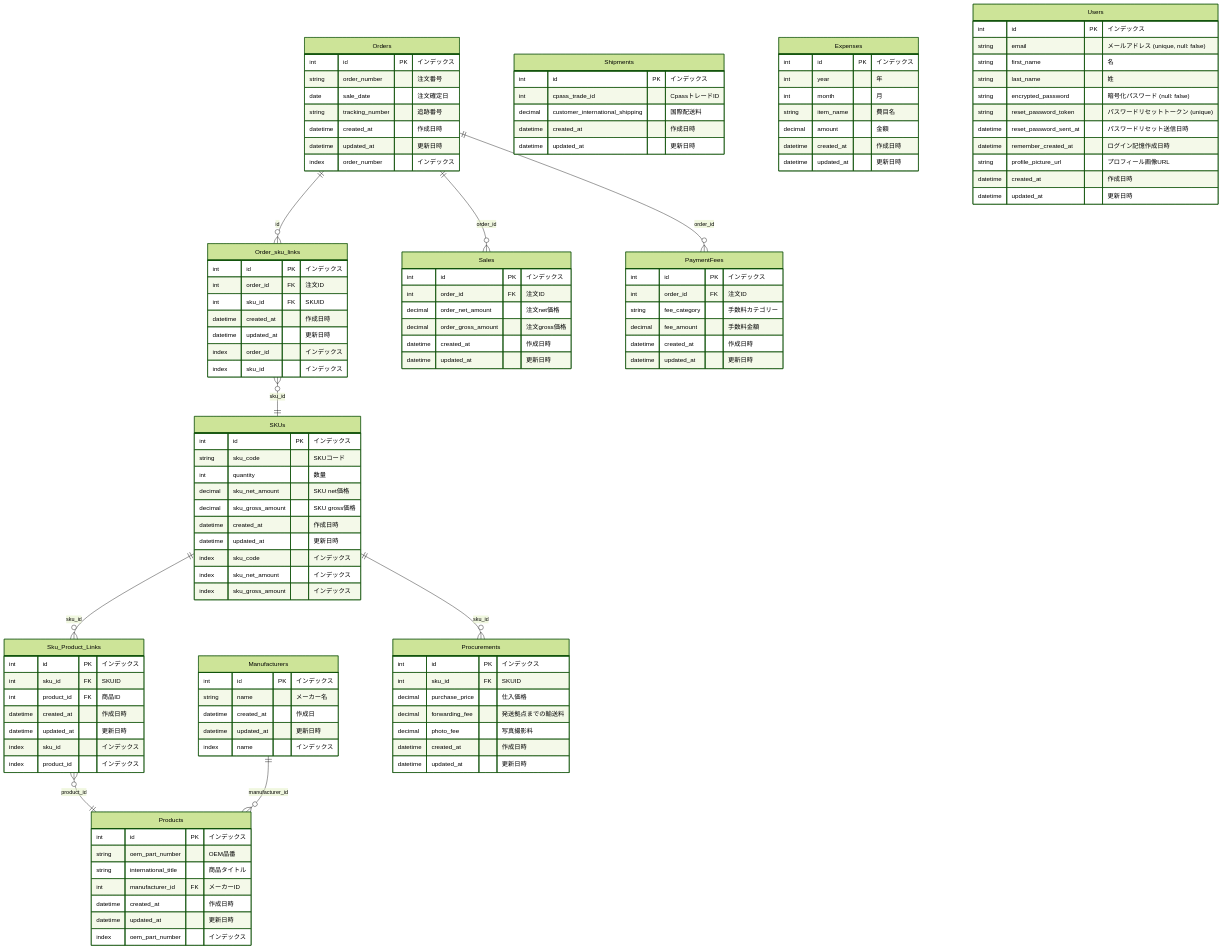
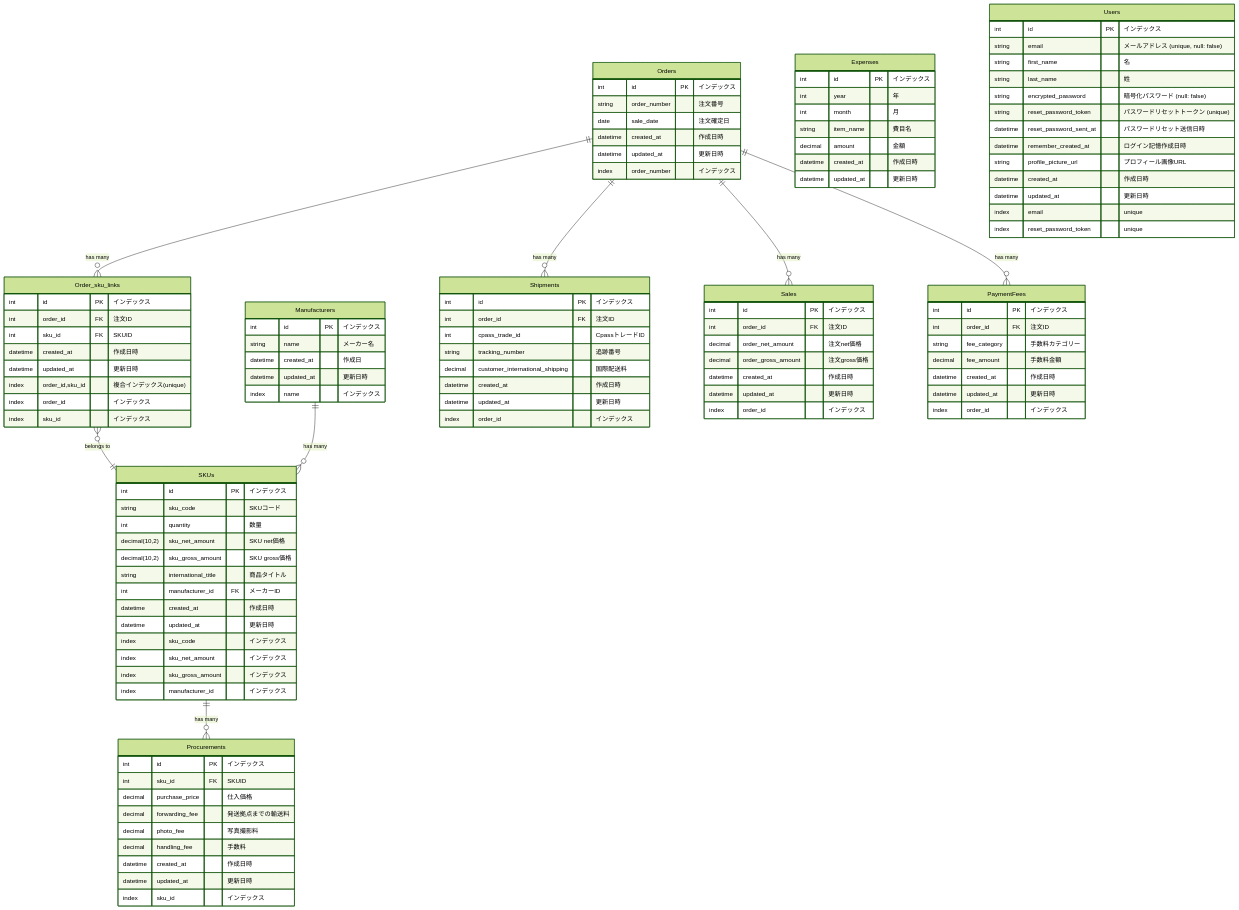
One commit to masaengineer/parts-sync-tool changed the diagram in mermaid.mmd. Above: the diagram before and after it, drawn with Mermaid (forest theme). The commit also changed 33 other files, not shown here.

```diff
--- a/mermaid.mmd
+++ b/mermaid.mmd
@@ -1,130 +1,121 @@
 erDiagram
     Orders {
         int id PK "インデックス"
         string order_number "注文番号"
         date sale_date "注文確定日"
-        string tracking_number "追跡番号"
         datetime created_at "作成日時"
         datetime updated_at "更新日時"
         index order_number "インデックス"
     }
 
     Order_sku_links {
         int id PK "インデックス"
         int order_id FK "注文ID"
         int sku_id FK "SKUID"
         datetime created_at "作成日時"
         datetime updated_at "更新日時"
+        index order_id,sku_id "複合インデックス(unique)"
         index order_id "インデックス"
         index sku_id "インデックス"
     }
 
     SKUs {
         int id PK "インデックス"
         string sku_code "SKUコード"
         int quantity "数量"
-        decimal sku_net_amount "SKU net価格"
-        decimal sku_gross_amount "SKU gross価格"
+        decimal(10,2) sku_net_amount "SKU net価格"
+        decimal(10,2) sku_gross_amount "SKU gross価格"
+        string international_title "商品タイトル"
+        int manufacturer_id FK "メーカーID"
         datetime created_at "作成日時"
         datetime updated_at "更新日時"
         index sku_code "インデックス"
         index sku_net_amount "インデックス"
         index sku_gross_amount "インデックス"
-    }
-
-    Sku_Product_Links {
-        int id PK "インデックス"
-        int sku_id FK "SKUID"
-        int product_id FK "商品ID"
-        datetime created_at "作成日時"
-        datetime updated_at "更新日時"
-        index sku_id "インデックス"
-        index product_id "インデックス"
-    }
-
-    Products {
-        int id PK "インデックス"
-        string oem_part_number "OEM品番"
-        string international_title "商品タイトル"
-        int manufacturer_id FK "メーカーID"
-        datetime created_at "作成日時"
-        datetime updated_at "更新日時"
-        index oem_part_number "インデックス"
+        index manufacturer_id "インデックス"
     }
 
     Manufacturers {
         int id PK "インデックス"
         string name "メーカー名"
         datetime created_at "作成日"
         datetime updated_at "更新日時"
         index name "インデックス"
     }
 
     Shipments {
         int id PK "インデックス"
+        int order_id FK "注文ID"
         int cpass_trade_id "CpassトレードID"
+        string tracking_number "追跡番号"
         decimal customer_international_shipping "国際配送料"
         datetime created_at "作成日時"
         datetime updated_at "更新日時"
+        index order_id "インデックス"
     }
 
     Procurements {
         int id PK "インデックス"
         int sku_id FK "SKUID"
         decimal purchase_price "仕入価格"
         decimal forwarding_fee "発送拠点までの輸送料"
         decimal photo_fee "写真撮影料"
+        decimal handling_fee "手数料"
         datetime created_at "作成日時"
         datetime updated_at "更新日時"
+        index sku_id "インデックス"
     }
 
     Sales {
         int id PK "インデックス"
         int order_id FK "注文ID"
         decimal order_net_amount "注文net価格"
         decimal order_gross_amount "注文gross価格"
         datetime created_at "作成日時"
         datetime updated_at "更新日時"
+        index order_id "インデックス"
     }
 
     PaymentFees {
         int id PK "インデックス"
         int order_id FK "注文ID"
         string fee_category "手数料カテゴリー"
         decimal fee_amount "手数料金額"
         datetime created_at "作成日時"
         datetime updated_at "更新日時"
+        index order_id "インデックス"
     }
 
     Expenses {
         int id PK "インデックス"
         int year "年"
         int month "月"
         string item_name "費目名"
         decimal amount "金額"
         datetime created_at "作成日時"
         datetime updated_at "更新日時"
     }
 
     Users {
         int id PK "インデックス"
         string email "メールアドレス (unique, null: false)"
         string first_name "名"
         string last_name "姓"
         string encrypted_password "暗号化パスワード (null: false)"
         string reset_password_token "パスワードリセットトークン (unique)"
         datetime reset_password_sent_at "パスワードリセット送信日時"
         datetime remember_created_at "ログイン記憶作成日時"
         string profile_picture_url "プロフィール画像URL"
         datetime created_at "作成日時"
         datetime updated_at "更新日時"
+        index email "unique"
+        index reset_password_token "unique"
     }
 
-    Orders ||--o{ Order_sku_links : "id"
-    Order_sku_links }o--|| SKUs : "sku_id"
-    SKUs ||--o{ Sku_Product_Links : "sku_id"
-    Sku_Product_Links }o--|| Products : "product_id"
-    Orders ||--o{ Sales : "order_id"
-    Orders ||--o{ PaymentFees : "order_id"
-    Manufacturers ||--o{ Products : "manufacturer_id"
-    SKUs ||--o{ Procurements : "sku_id"
+    Orders ||--o{ Order_sku_links : "has many"
+    Orders ||--o{ Shipments : "has many"
+    Order_sku_links }o--|| SKUs : "belongs to"
+    Orders ||--o{ Sales : "has many"
+    Orders ||--o{ PaymentFees : "has many"
+    Manufacturers ||--o{ SKUs : "has many"
+    SKUs ||--o{ Procurements : "has many"
```
